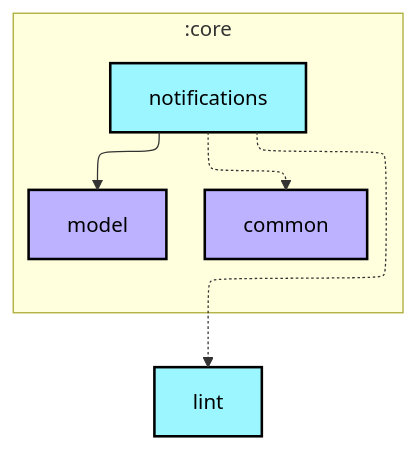
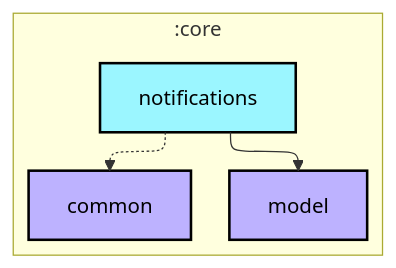
The first of 2 diagrams in core/notifications/README.md (android/nowinandroid), drawn with Mermaid before and after one commit. The commit also changed 30 other files, not shown here.

````diff
--- a/core/notifications/README.md
+++ b/core/notifications/README.md
@@ -6,27 +6,25 @@
 ```mermaid
 ---
 config:
   layout: elk
   elk:
     nodePlacementStrategy: SIMPLE
 ---
 graph TB
   subgraph :core
     direction TB
     :core:common[common]:::jvm-library
     :core:model[model]:::jvm-library
     :core:notifications[notifications]:::android-library
   end
-  :lint[lint]:::android-library
 
   :core:notifications -.-> :core:common
   :core:notifications --> :core:model
-  :core:notifications -.-> :lint
 
 classDef android-application fill:#CAFFBF,stroke:#000,stroke-width:2px,color:#000;
 classDef android-feature fill:#FFD6A5,stroke:#000,stroke-width:2px,color:#000;
 classDef android-library fill:#9BF6FF,stroke:#000,stroke-width:2px,color:#000;
 classDef android-test fill:#A0C4FF,stroke:#000,stroke-width:2px,color:#000;
 classDef jvm-library fill:#BDB2FF,stroke:#000,stroke-width:2px,color:#000;
 classDef unknown fill:#FFADAD,stroke:#000,stroke-width:2px,color:#000;
 ```
````
